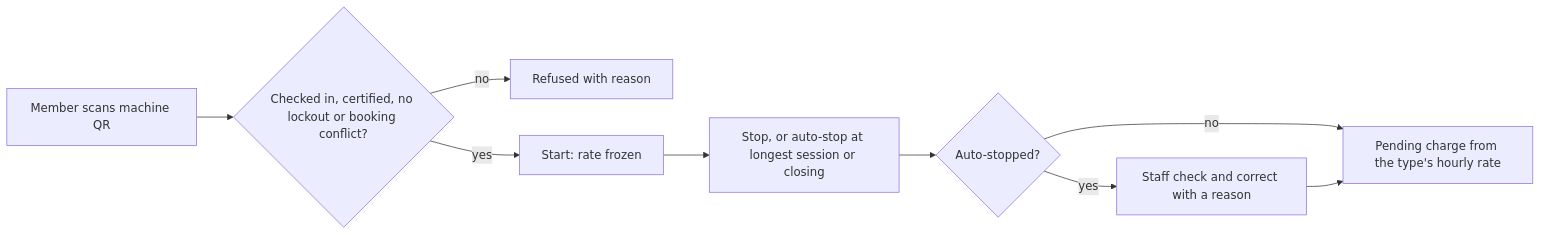
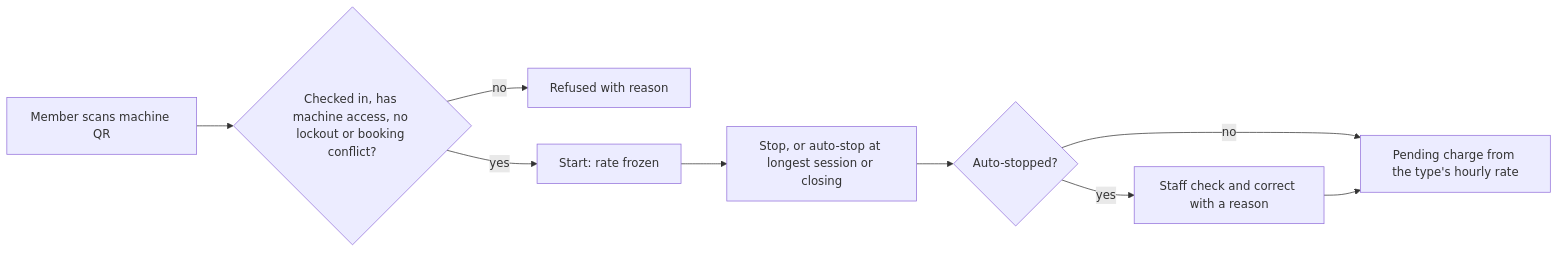
The second of 2 diagrams in docs/modules/machines.md (SpaceWorks-Labs/SpaceWorks), drawn with Mermaid before and after one commit. The commit also changed other lines of this file and 69 other files, not shown here.

````diff
--- a/docs/modules/machines.md
+++ b/docs/modules/machines.md
@@ -60,11 +60,11 @@
 ```mermaid
 flowchart LR
-  scan["Member scans machine QR"] --> check{"Checked in, certified, no lockout or booking conflict?"}
+  scan["Member scans machine QR"] --> check{"Checked in, has machine access, no lockout or booking conflict?"}
   check -- no --> refuse["Refused with reason"]
   check -- yes --> start["Start: rate frozen"]
   start --> stop["Stop, or auto-stop at longest session or closing"]
   stop --> review{"Auto-stopped?"}
   review -- yes --> staff["Staff check and correct with a reason"]
   review -- no --> charge["Pending charge from the type's hourly rate"]
   staff --> charge
 ```
````
